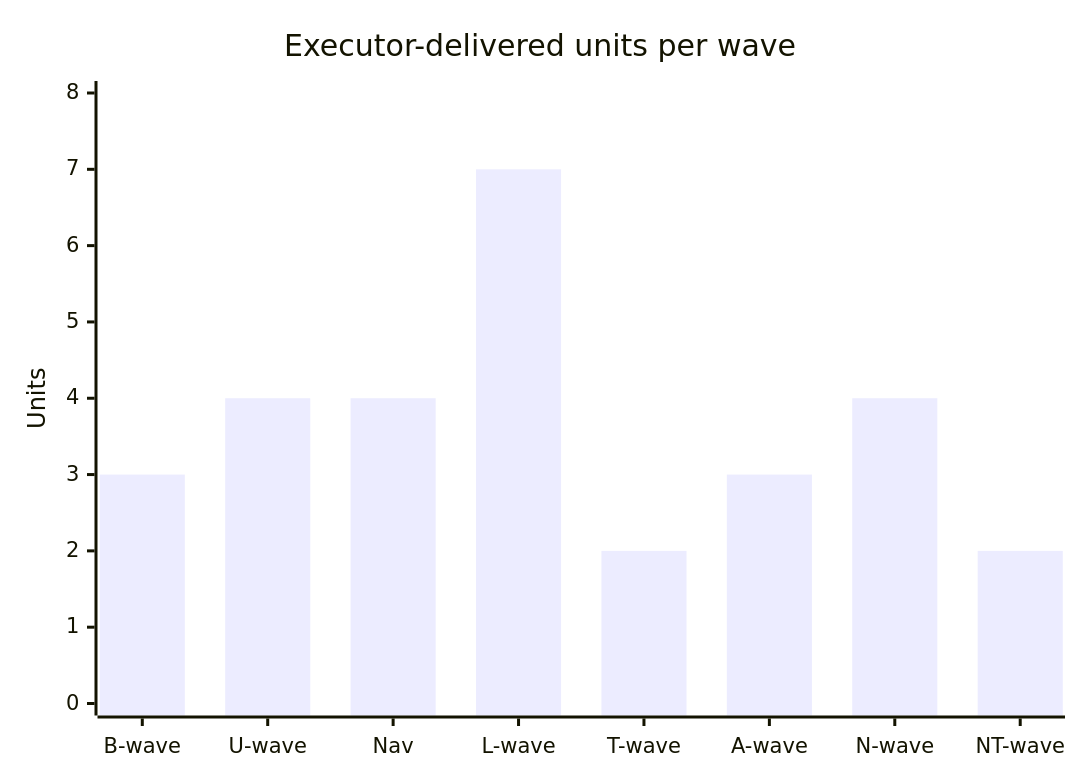
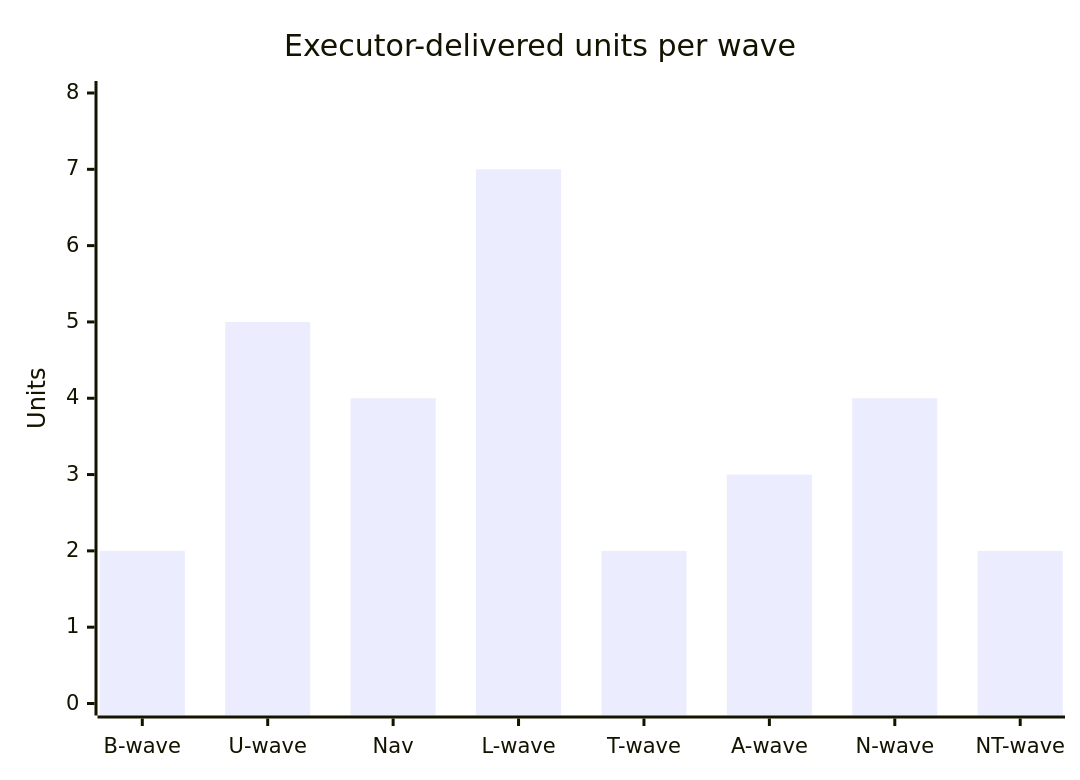
The third of 3 diagrams in docs/receipts.md (Sethysethyseth/the-poor-mans-agentic-workflow), drawn with Mermaid before and after one commit. The commit also changed other lines of this file and 3 other files, not shown here.

````diff
--- a/docs/receipts.md
+++ b/docs/receipts.md
@@ -100,7 +111,7 @@
 ```mermaid
 xychart-beta
     title "Executor-delivered units per wave"
     x-axis ["B-wave", "U-wave", "Nav", "L-wave", "T-wave", "A-wave", "N-wave", "NT-wave"]
     y-axis "Units" 0 --> 8
-    bar [3, 4, 4, 7, 2, 3, 4, 2]
+    bar [2, 5, 4, 7, 2, 3, 4, 2]
 ```
````
